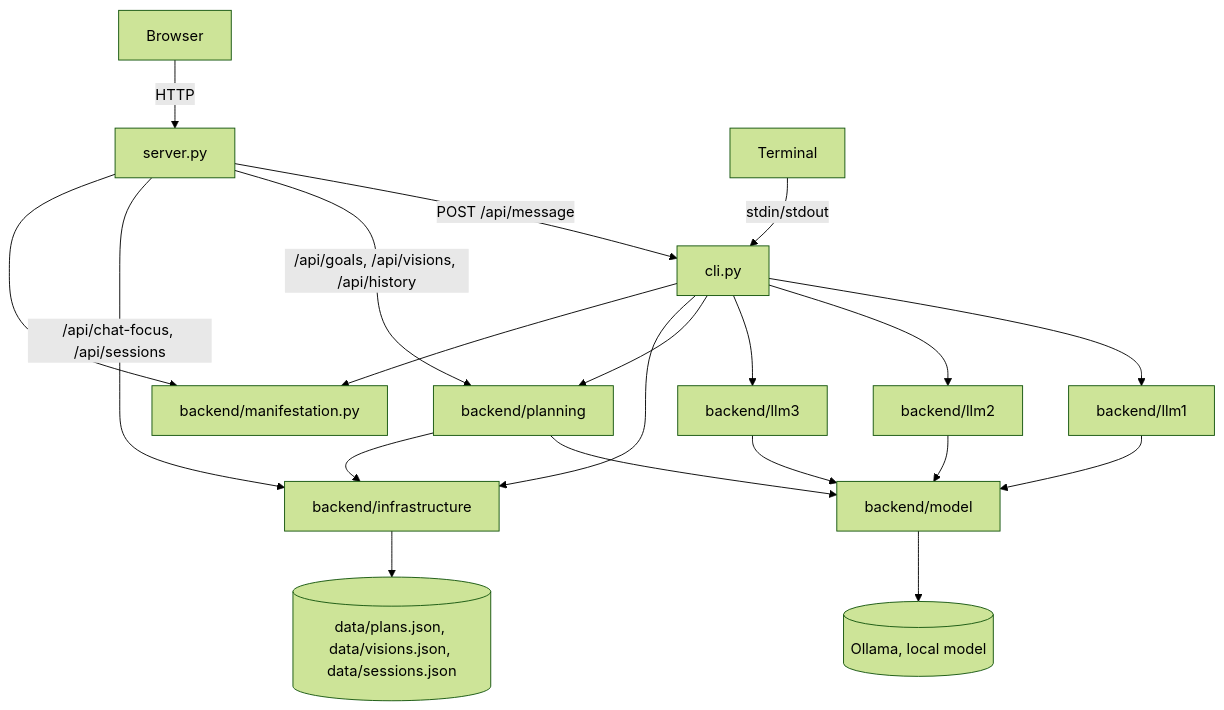
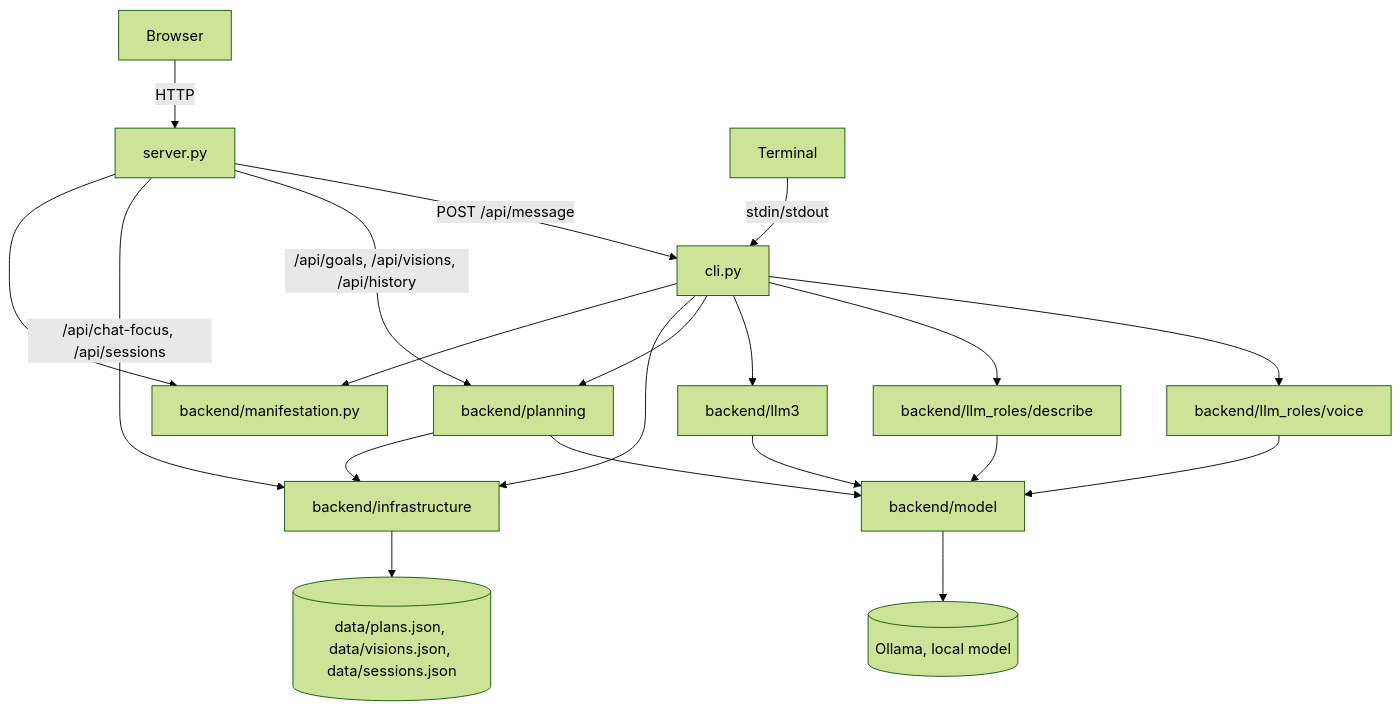
One commit to olajmn/PROJECT1 changed the diagram in docs/04-current-state.md. Above: the diagram before and after it, drawn with Mermaid (forest theme). The commit also changed other lines of this file and 38 other files, not shown here.

````diff
--- a/docs/04-current-state.md
+++ b/docs/04-current-state.md
@@ -49,22 +49,22 @@
 ```mermaid
 graph TD
     Browser -->|HTTP| Server["server.py"]
     Terminal -->|stdin/stdout| CLI["cli.py"]
     Server -->|POST /api/message| CLI
     Server -->|"/api/goals, /api/visions, /api/history"| Planning["backend/planning"]
     Server -->|"/api/chat-focus, /api/sessions"| Infrastructure["backend/infrastructure"]
-    CLI --> N1["backend/llm1"]
-    CLI --> N2["backend/llm2"]
+    CLI --> N1["backend/llm_roles/voice"]
+    CLI --> N2["backend/llm_roles/describe"]
     CLI --> N3["backend/llm3"]
     CLI --> Planning
     CLI --> Infrastructure
     CLI --> Manifestation["backend/manifestation.py"]
     Server --> Manifestation
     N1 --> ModelBoundary["backend/model"]
     N2 --> ModelBoundary
     N3 --> ModelBoundary
     Planning --> ModelBoundary
     Planning --> Infrastructure
     ModelBoundary --> Ollama[("Ollama, local model")]
     Infrastructure --> Data[("data/plans.json, data/visions.json, data/sessions.json")]
 ```
````
